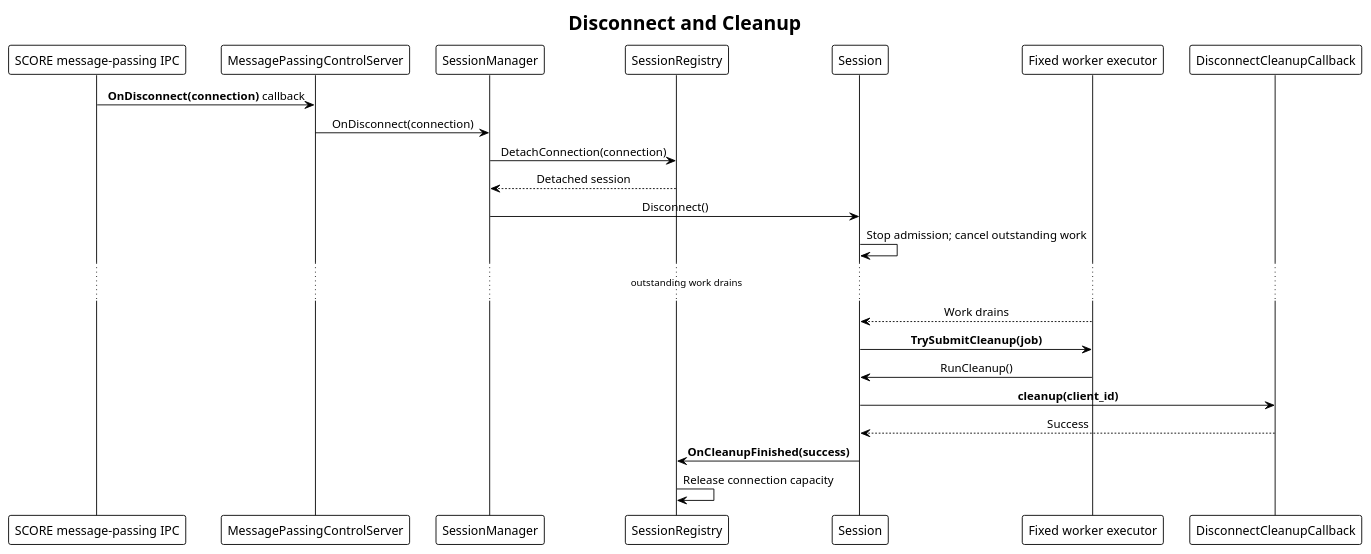
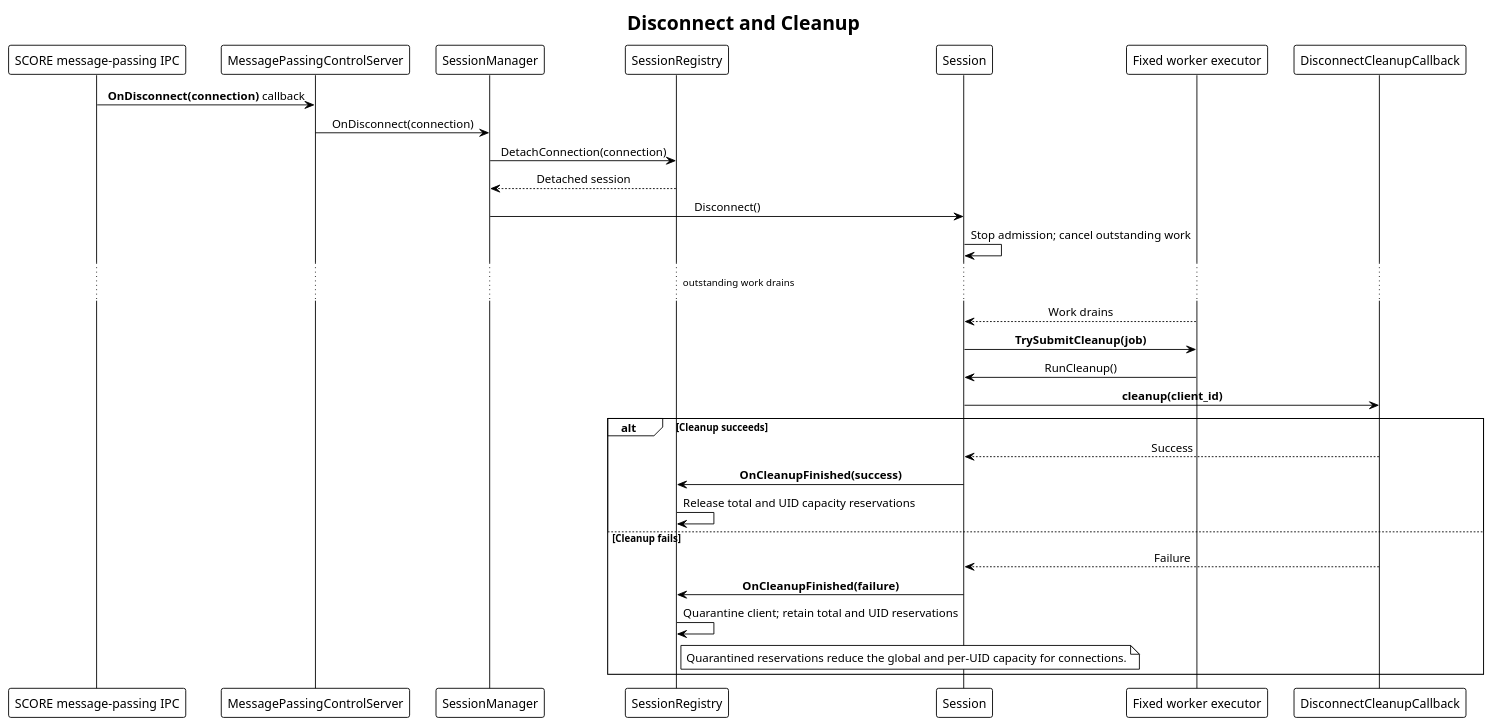
One commit to eclipse-score/inc_security_crypto changed the diagram in score/crypto/src/ipc/message_passing_adapter/docs/detailed_design/message_passing_adapter_overview_disconnect_flow.puml. Above: the diagram before and after it, drawn with PlantUML. The commit also changed 20 other files, not shown here.

```diff
--- a/score/crypto/src/ipc/message_passing_adapter/docs/detailed_design/message_passing_adapter_overview_disconnect_flow.puml
+++ b/score/crypto/src/ipc/message_passing_adapter/docs/detailed_design/message_passing_adapter_overview_disconnect_flow.puml
@@ -14,33 +14,42 @@
 @startuml message_passing_adapter_disconnect_flow
 !theme plain
 skinparam sequenceMessageAlign center
 skinparam shadowing false
 
 title Disconnect and Cleanup
 
 participant "SCORE message-passing IPC" as Transport
 participant "MessagePassingControlServer" as Server
 participant "SessionManager" as SessionManager
 participant "SessionRegistry" as Registry
 participant "Session" as Session
 participant "Fixed worker executor" as Executor
 participant "DisconnectCleanupCallback" as Cleanup
 
 Transport -> Server: **OnDisconnect(connection)** callback
 Server -> SessionManager: OnDisconnect(connection)
 SessionManager -> Registry: DetachConnection(connection)
 Registry --> SessionManager: Detached session
 SessionManager -> Session: Disconnect()
 Session -> Session: Stop admission; cancel outstanding work
 
 ... outstanding work drains ...
 
 Executor --> Session: Work drains
 Session -> Executor: **TrySubmitCleanup(job)**
 Executor -> Session: RunCleanup()
 Session -> Cleanup: **cleanup(client_id)**
-Cleanup --> Session: Success
-Session -> Registry: **OnCleanupFinished(success)**
-Registry -> Registry: Release connection capacity
+alt Cleanup succeeds
+	Cleanup --> Session: Success
+	Session -> Registry: **OnCleanupFinished(success)**
+	Registry -> Registry: Release total and UID capacity reservations
+else Cleanup fails
+	Cleanup --> Session: Failure
+	Session -> Registry: **OnCleanupFinished(failure)**
+	Registry -> Registry: Quarantine client; retain total and UID reservations
+	note right of Registry
+		Quarantined reservations reduce the global and per-UID capacity for connections.
+	end note
+end
 
 @enduml
```
